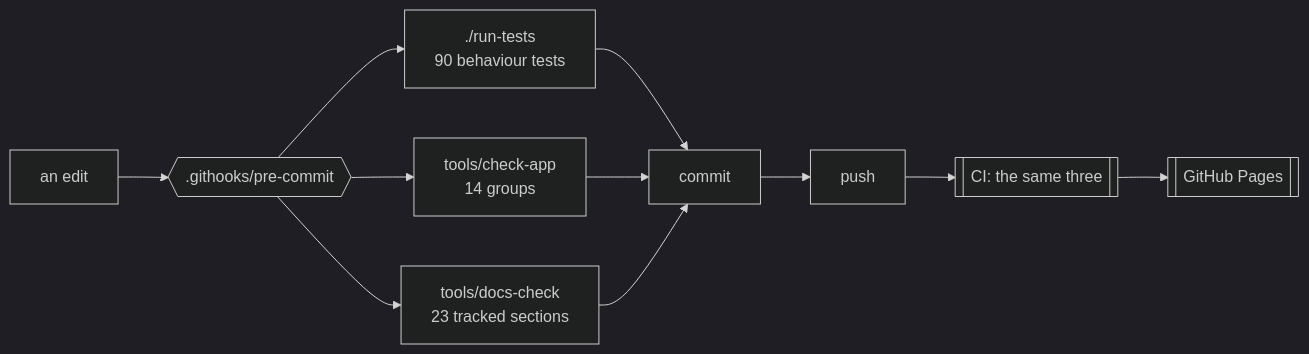
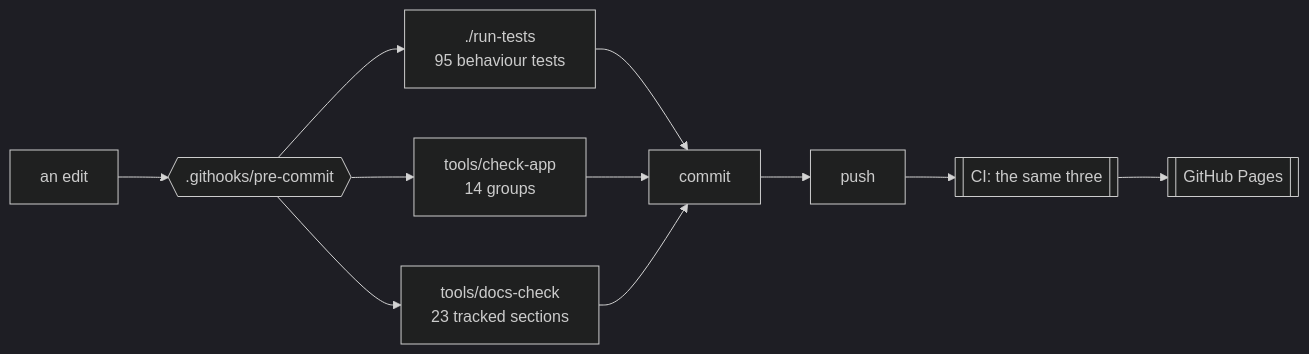
Before and after one commit to minormending/crystal-pilot-mobile: the diagram in docs/DEVELOPING.md, drawn with Mermaid (dark theme). The commit also changed other lines of this file and 11 other files, not shown here.

````diff
--- a/docs/DEVELOPING.md
+++ b/docs/DEVELOPING.md
@@ -15,12 +15,12 @@
 ```mermaid
 flowchart LR
     E[an edit] --> H{{".githooks/pre-commit"}}
-    H --> T["./run-tests<br/>90 behaviour tests"]
+    H --> T["./run-tests<br/>95 behaviour tests"]
     H --> C["tools/check-app<br/>14 groups"]
     H --> D["tools/docs-check<br/>23 tracked sections"]
     T --> OK[commit]
     C --> OK
     D --> OK
     OK --> P[push] --> CI[["CI: the same three"]]
     CI --> PG[[GitHub Pages]]
 ```
````
